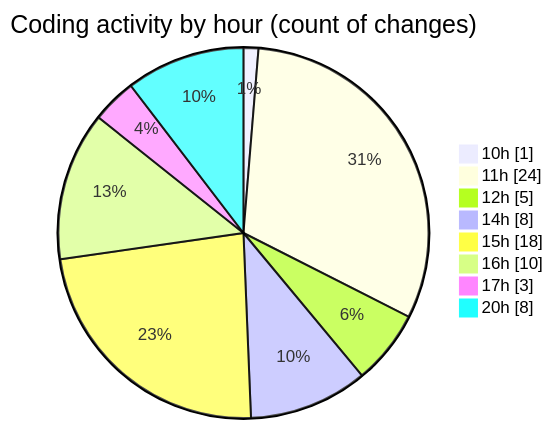
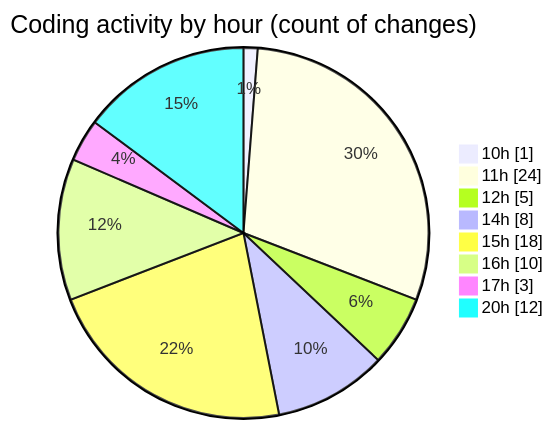
Before and after one commit to debugP/code-tracking: the second of 2 diagrams in 2025-10-03/untitled__workspace_/README.md, drawn with Mermaid. The commit also changed other lines of this file and 1 other file, not shown here.

````diff
--- a/2025-10-03/untitled__workspace_/README.md
+++ b/2025-10-03/untitled__workspace_/README.md
@@ -33,12 +34,12 @@
 ```mermaid
 pie showData
 title Coding activity by hour (count of changes)
 "10h" : 1
 "11h" : 24
 "12h" : 5
 "14h" : 8
 "15h" : 18
 "16h" : 10
 "17h" : 3
-"20h" : 8
+"20h" : 12
 ```
````
